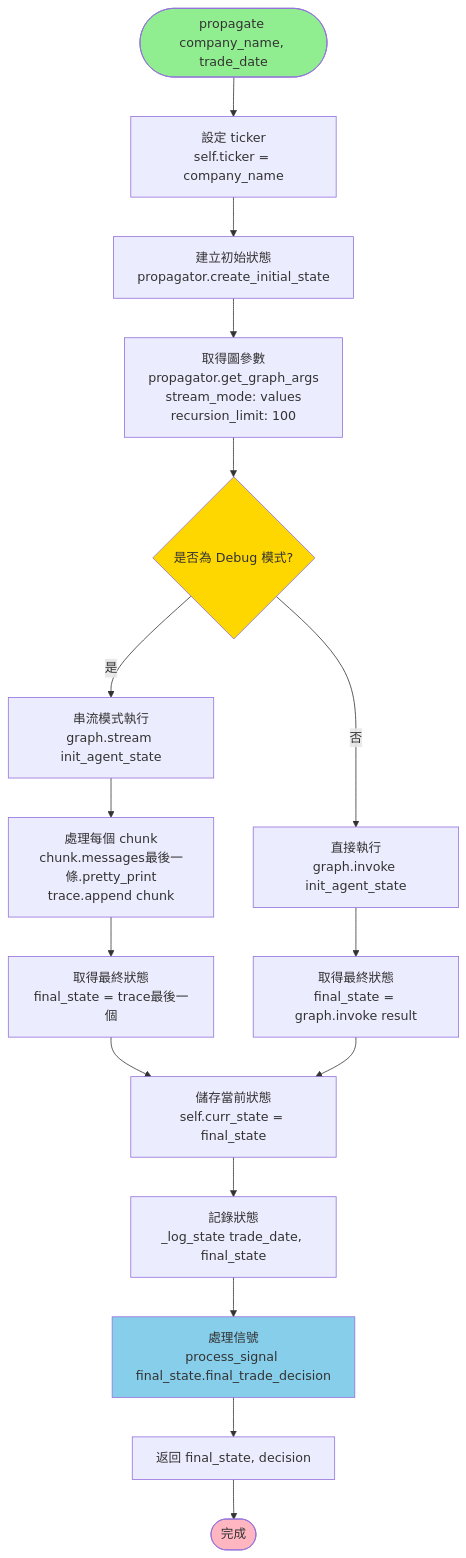
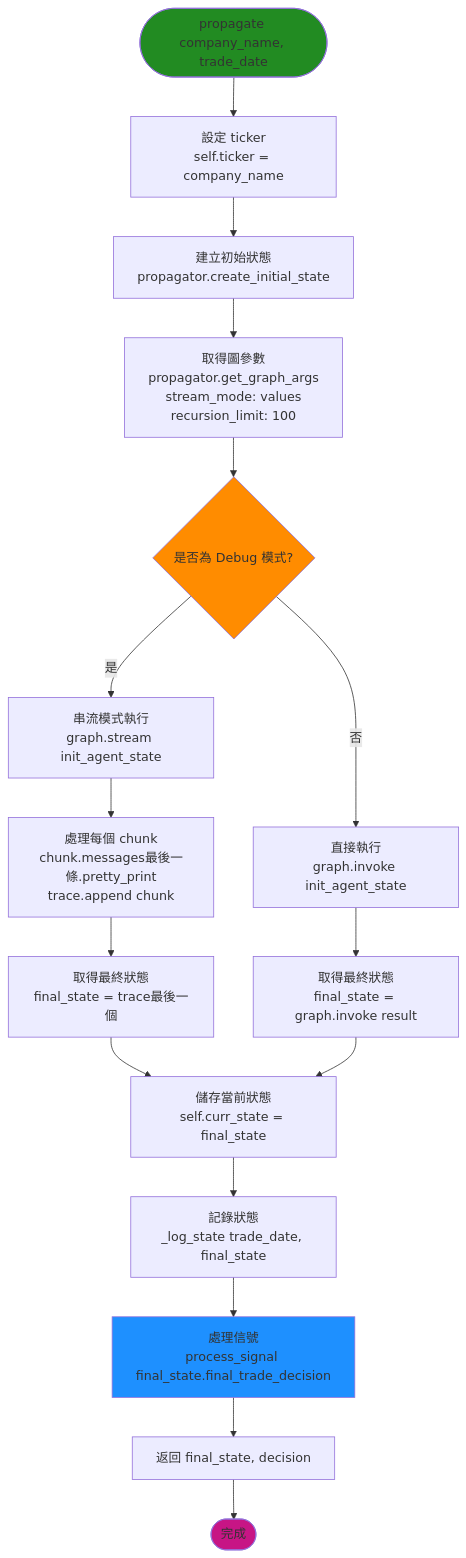
The sixth of 19 diagrams in 流程圖.md (chitienshih-wq/Git_Test), drawn with Mermaid before and after one commit. The commit also changed other lines of this file, not shown here.

````diff
--- a/流程圖.md
+++ b/流程圖.md
@@ -182,32 +182,32 @@
 ```mermaid
 flowchart TD
     Start([propagate company_name, trade_date]) --> SetTicker[設定 ticker<br/>self.ticker = company_name]
     SetTicker --> CreateInitState[建立初始狀態<br/>propagator.create_initial_state]
     
     CreateInitState --> GetGraphArgs[取得圖參數<br/>propagator.get_graph_args<br/>stream_mode: values<br/>recursion_limit: 100]
     
     GetGraphArgs --> CheckDebug{是否為 Debug 模式?}
     
     CheckDebug -->|是| StreamMode[串流模式執行<br/>graph.stream init_agent_state]
     CheckDebug -->|否| InvokeMode[直接執行<br/>graph.invoke init_agent_state]
     
     StreamMode --> ProcessChunks[處理每個 chunk<br/>chunk.messages最後一條.pretty_print<br/>trace.append chunk]
     ProcessChunks --> GetFinalState1[取得最終狀態<br/>final_state = trace最後一個]
     
     InvokeMode --> GetFinalState2[取得最終狀態<br/>final_state = graph.invoke result]
     
     GetFinalState1 --> StoreState
     GetFinalState2 --> StoreState
     
     StoreState[儲存當前狀態<br/>self.curr_state = final_state] --> LogState[記錄狀態<br/>_log_state trade_date, final_state]
     
     LogState --> ProcessSignal[處理信號<br/>process_signal final_state.final_trade_decision]
     
     ProcessSignal --> Return[返回 final_state, decision]
     Return --> End([完成])
     
-    style Start fill:#90EE90
-    style End fill:#FFB6C1
-    style CheckDebug fill:#FFD700
-    style ProcessSignal fill:#87CEEB
+    style Start fill:#228B22
+    style End fill:#C71585
+    style CheckDebug fill:#FF8C00
+    style ProcessSignal fill:#1E90FF
 ```
````
